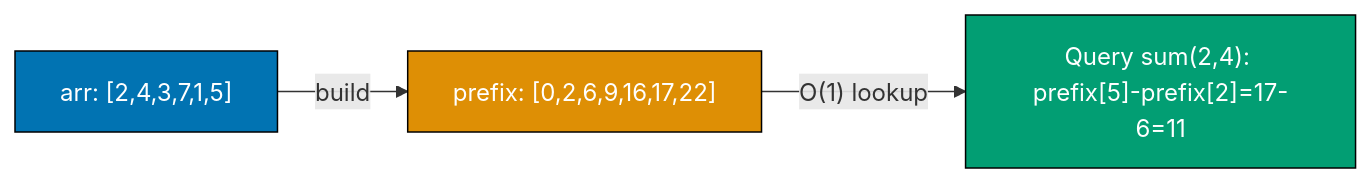
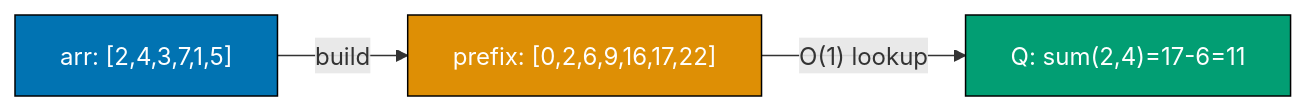
Before and after one commit to wahidyankf/baseerah: the eighth of 9 diagrams in apps/ayokoding-www/content/en/learn/software-engineering/algorithms-and-data-structures/by-example/intermediate.md, drawn with Mermaid. The commit also changed other lines of this file and 88 other files, not shown here.

First line of the commit message:
fix(ayokoding-www): resolve pre-existing Mermaid violations, exclude fixtures/plans-done

````diff
--- a/apps/ayokoding-www/content/en/learn/software-engineering/algorithms-and-data-structures/by-example/intermediate.md
+++ b/apps/ayokoding-www/content/en/learn/software-engineering/algorithms-and-data-structures/by-example/intermediate.md
@@ -5398,13 +5398,13 @@
 ```mermaid
 graph LR
     A["arr: [2,4,3,7,1,5]"]
     P["prefix: [0,2,6,9,16,17,22]"]
-    Q["Query sum#40;2,4#41;: prefix#91;5#93;-prefix#91;2#93;=17-6=11"]
+    Q["Q: sum#40;2,4#41;=17-6=11"]
 
     A -->|build| P
     P -->|O#40;1#41; lookup| Q
 
     style A fill:#0173B2,stroke:#000,color:#fff
     style P fill:#DE8F05,stroke:#000,color:#fff
     style Q fill:#029E73,stroke:#000,color:#fff
 ```
````
